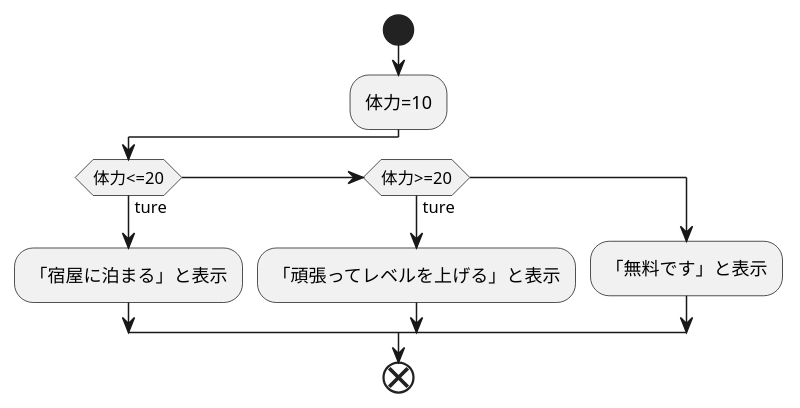
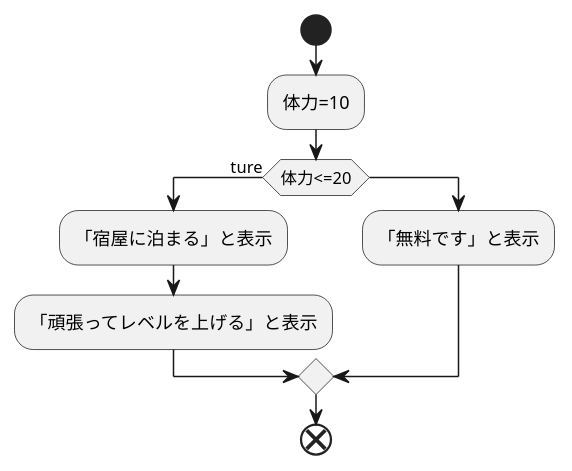
The diagram in flow.md (Aso2001376/2021sys-design), drawn with PlantUML before and after one commit.

````diff
--- a/flow.md
+++ b/flow.md
@@ -1,17 +1,16 @@
 ```uml
 @startuml
 start
 :体力=10;
 
 if(体力<=20)then(ture)
 :「宿屋に泊まる」と表示;
-elseif(体力>=20)then(ture)
 :「頑張ってレベルを上げる」と表示;
 else
 :「無料です」と表示;
 endif
 
 end
 @enduml
 
 ```
````
